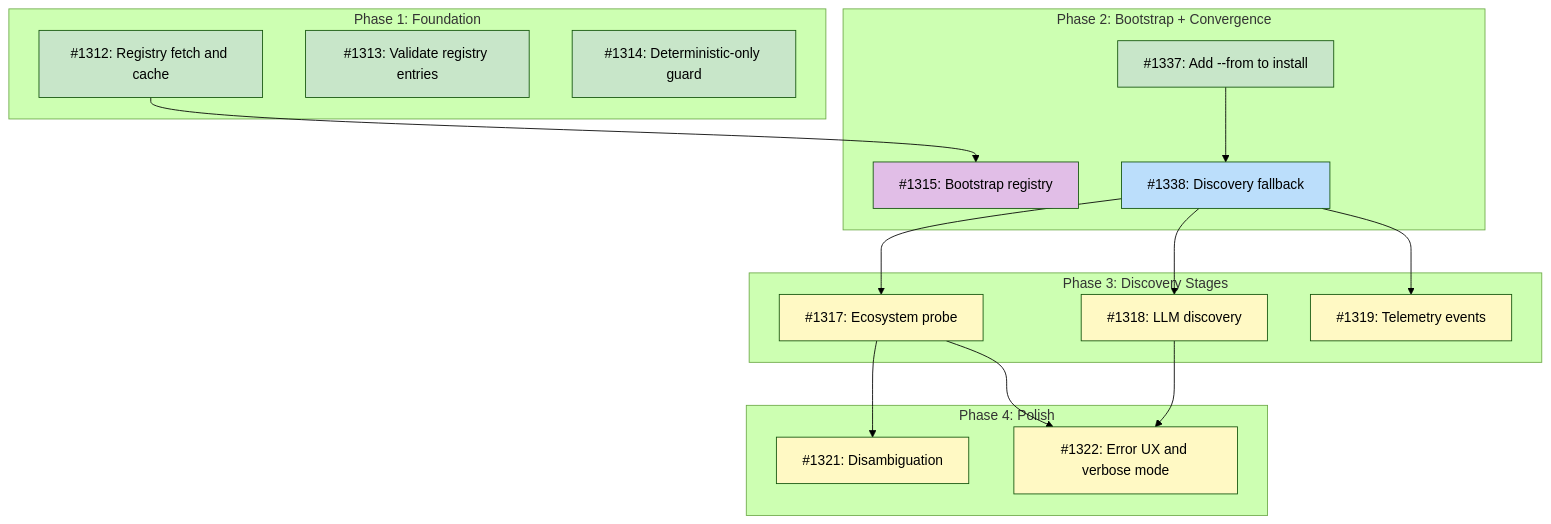
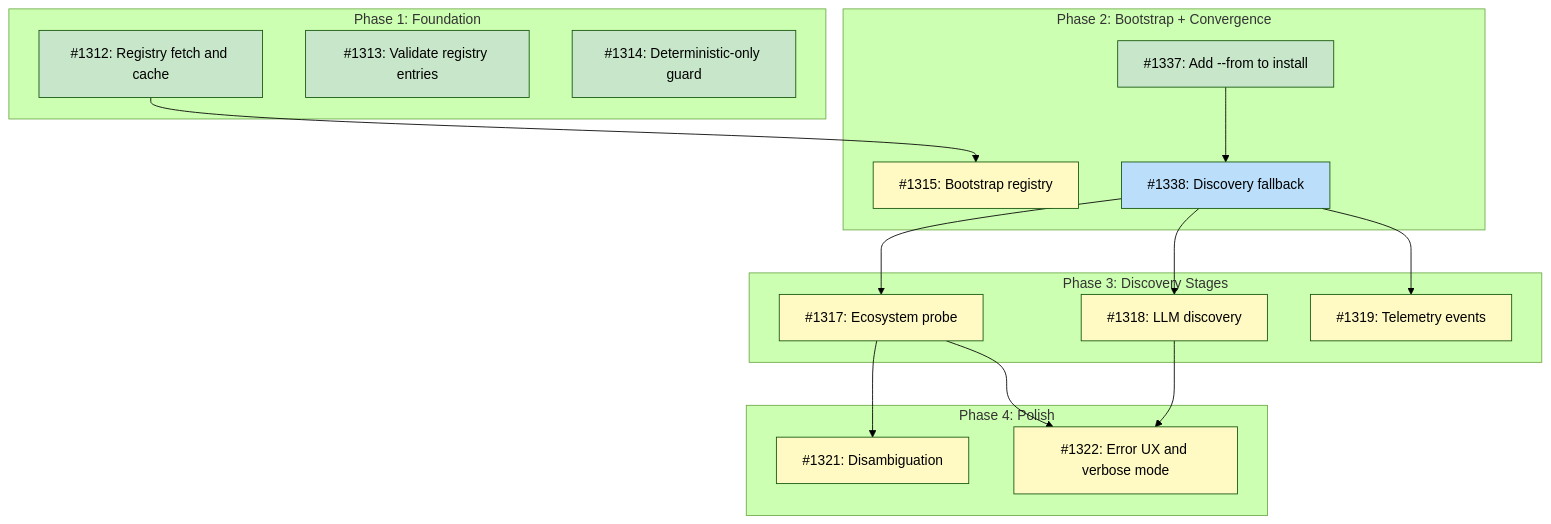
Before and after one commit to tsukumogami/tsuku: the diagram in docs/designs/DESIGN-discovery-resolver.md, drawn with Mermaid (forest theme). The commit also changed other lines of this file, not shown here.

Commit message:
docs(discovery): link bootstrap milestone as blocker in parent design

````diff
--- a/docs/designs/DESIGN-discovery-resolver.md
+++ b/docs/designs/DESIGN-discovery-resolver.md
@@ -60,46 +60,46 @@
 ```mermaid
 graph TD
     subgraph Phase1["Phase 1: Foundation"]
         I1312["#1312: Registry fetch and cache"]
         I1313["#1313: Validate registry entries"]
         I1314["#1314: Deterministic-only guard"]
     end
 
     subgraph Phase2["Phase 2: Bootstrap + Convergence"]
         I1315["#1315: Bootstrap registry"]
         I1337["#1337: Add --from to install"]
         I1338["#1338: Discovery fallback"]
     end
 
     subgraph Phase3["Phase 3: Discovery Stages"]
         I1317["#1317: Ecosystem probe"]
         I1318["#1318: LLM discovery"]
         I1319["#1319: Telemetry events"]
     end
 
     subgraph Phase4["Phase 4: Polish"]
         I1321["#1321: Disambiguation"]
         I1322["#1322: Error UX and verbose mode"]
     end
 
     I1312 --> I1315
     I1337 --> I1338
     I1338 --> I1317
     I1338 --> I1318
     I1338 --> I1319
     I1317 --> I1321
     I1317 --> I1322
     I1318 --> I1322
 
     classDef done fill:#c8e6c9
     classDef ready fill:#bbdefb
     classDef blocked fill:#fff9c4
     classDef needsDesign fill:#e1bee7
 
     class I1312,I1313,I1314 done
     class I1337 done
     class I1338 ready
     class I1319 blocked
-    class I1315 needsDesign
+    class I1315 blocked
     class I1317,I1318,I1321,I1322 blocked
 ```
````
